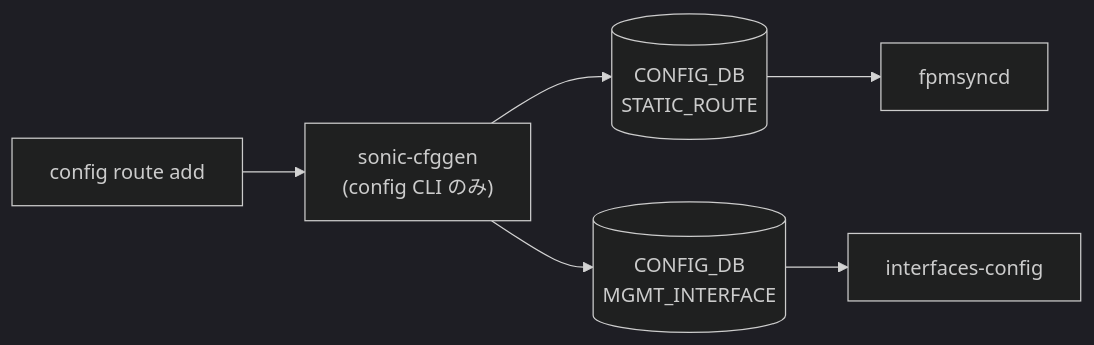
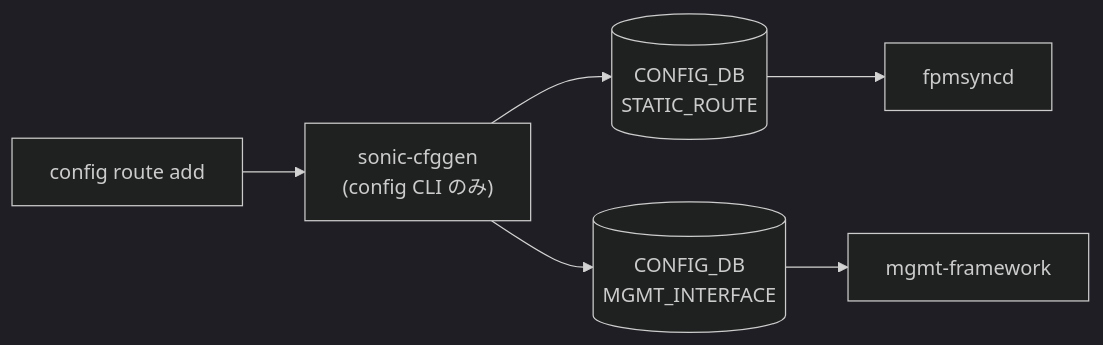
The diagram in docs/reference/cli/config-default-route.md (aoki-taquan/sonic-unofficial-docs), drawn with Mermaid (dark theme) before and after one commit. The commit also changed 26 other files, not shown here.

First line of the commit message:
chore(cli): add cli-mermaid blocks to remaining 20 CLI reference pages

````diff
--- a/docs/reference/cli/config-default-route.md
+++ b/docs/reference/cli/config-default-route.md
@@ -97,14 +97,14 @@
 ```mermaid
 flowchart LR
   CLI["config route add"]
   SC["sonic-cfggen<br/>(config CLI のみ)"]
   CLI --> SC
   CDB0[("CONFIG_DB<br/>STATIC_ROUTE")]
   SC --> CDB0
   DM0["fpmsyncd"]
   CDB0 --> DM0
   CDB1[("CONFIG_DB<br/>MGMT_INTERFACE")]
   SC --> CDB1
-  DM1["interfaces-config"]
+  DM1["mgmt-framework"]
   CDB1 --> DM1
 ```
````
